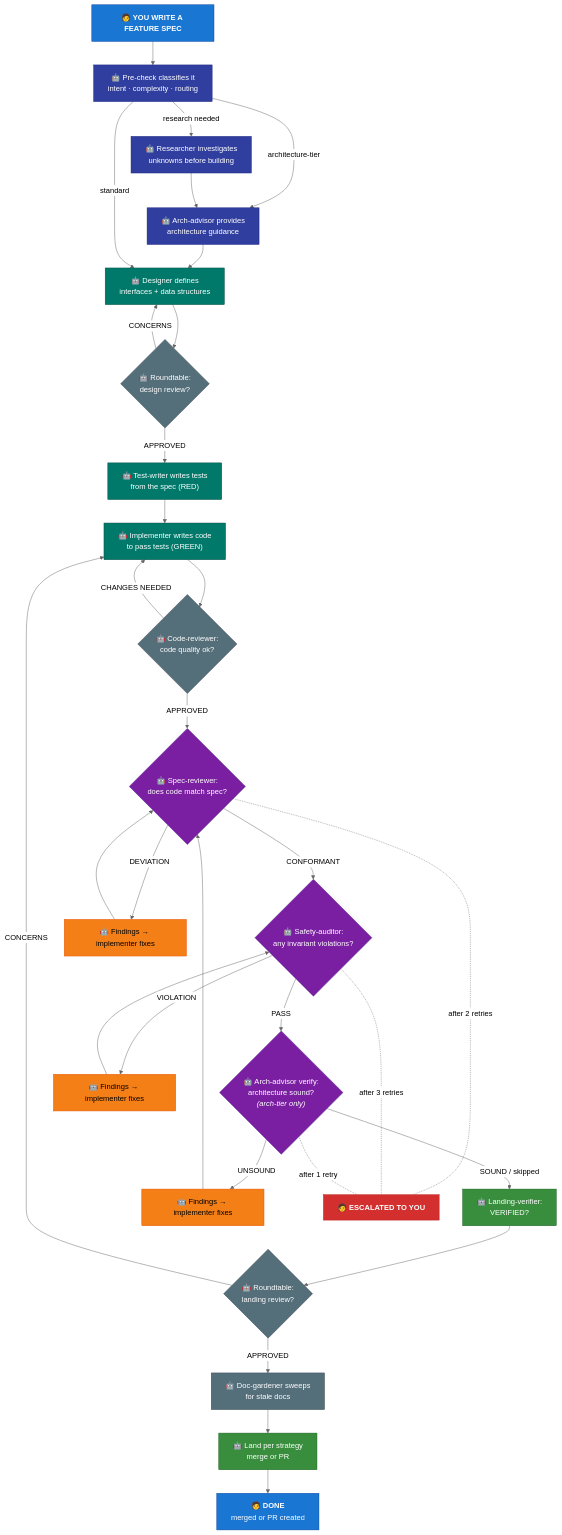
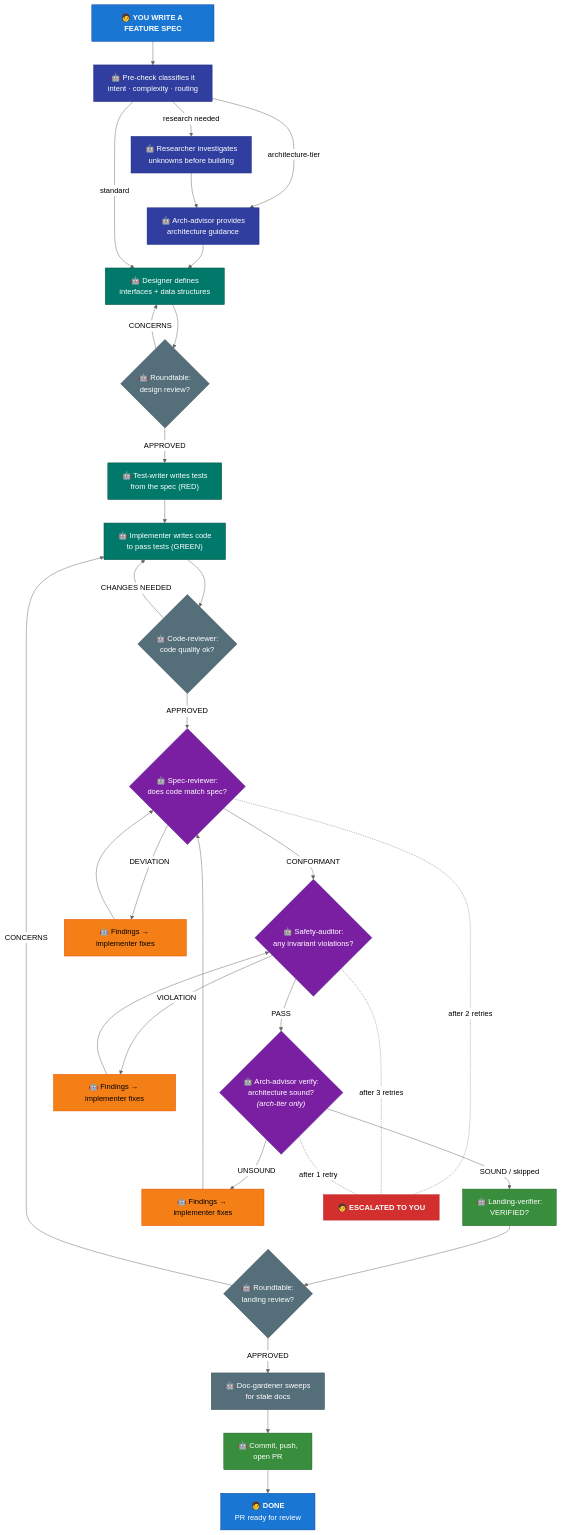
The first of 5 diagrams in docs/HOW-IT-WORKS.md (TejGandham/keel), drawn with Mermaid (neutral theme) before and after one commit. The commit also changed other lines of this file and 15 other files, not shown here.

````diff
--- a/docs/HOW-IT-WORKS.md
+++ b/docs/HOW-IT-WORKS.md
@@ -11,56 +11,56 @@
 ```mermaid
 graph TD
     Spec["🧑 <b>YOU WRITE A FEATURE SPEC</b>"] --> PC["🤖 Pre-check classifies it<br/>intent · complexity · routing"]
     PC -->|"research needed"| R["🤖 Researcher investigates<br/>unknowns before building"]
     PC -->|"architecture-tier"| OC["🤖 Arch-advisor provides<br/>architecture guidance"]
     R --> OC
     OC --> D["🤖 Designer defines<br/>interfaces + data structures"]
     PC -->|"standard"| D
     D --> RT1{"🤖 Roundtable:<br/>design review?"}
     RT1 -->|"APPROVED"| TW["🤖 Test-writer writes tests<br/>from the spec (RED)"]
     RT1 -->|"CONCERNS"| D
     TW --> IMP["🤖 Implementer writes code<br/>to pass tests (GREEN)"]
     IMP --> CR{"🤖 Code-reviewer:<br/>code quality ok?"}
     CR -->|"APPROVED"| SR{"🤖 Spec-reviewer:<br/>does code match spec?"}
     CR -->|"CHANGES NEEDED"| IMP
     SR -->|"CONFORMANT"| SA{"🤖 Safety-auditor:<br/>any invariant violations?"}
     SR -->|"DEVIATION"| FIX1["🤖 Findings → implementer fixes"]
     FIX1 --> SR
     SA -->|"PASS"| OV{"🤖 Arch-advisor verify:<br/>architecture sound?<br/><i>(arch-tier only)</i>"}
     SA -->|"VIOLATION"| FIX2["🤖 Findings → implementer fixes"]
     FIX2 --> SA
     OV -->|"SOUND / skipped"| PL["🤖 Landing-verifier:<br/>VERIFIED?"]
     OV -->|"UNSOUND"| FIX3["🤖 Findings → implementer fixes"]
     FIX3 --> SR
     PL --> RT2{"🤖 Roundtable:<br/>landing review?"}
     RT2 -->|"APPROVED"| GC["🤖 Doc-gardener sweeps<br/>for stale docs"]
     RT2 -->|"CONCERNS"| IMP
-    GC --> LAND["🤖 Land per strategy<br/>merge or PR"]
-    LAND --> DONE["🧑 <b>DONE</b><br/>merged or PR created"]
+    GC --> LAND["🤖 Commit, push,<br/>open PR"]
+    LAND --> DONE["🧑 <b>DONE</b><br/>PR ready for review"]
 
     SR -.-|"after 2 retries"| ESC["🧑 <b>ESCALATED TO YOU</b>"]
     SA -.-|"after 3 retries"| ESC
     OV -.-|"after 1 retry"| ESC
 
     style Spec fill:#1976D2,stroke:#0D47A1,color:#fff
     style PC fill:#303F9F,stroke:#1A237E,color:#fff
     style R fill:#303F9F,stroke:#1A237E,color:#fff
     style OC fill:#303F9F,stroke:#1A237E,color:#fff
     style D fill:#00796B,stroke:#004D40,color:#fff
     style TW fill:#00796B,stroke:#004D40,color:#fff
     style IMP fill:#00796B,stroke:#004D40,color:#fff
     style CR fill:#546E7A,stroke:#37474F,color:#fff
     style SR fill:#7B1FA2,stroke:#4A148C,color:#fff
     style SA fill:#7B1FA2,stroke:#4A148C,color:#fff
     style OV fill:#7B1FA2,stroke:#4A148C,color:#fff
     style FIX1 fill:#F57F17,stroke:#E65100,color:#000
     style FIX2 fill:#F57F17,stroke:#E65100,color:#000
     style FIX3 fill:#F57F17,stroke:#E65100,color:#000
     style PL fill:#388E3C,stroke:#1B5E20,color:#fff
     style GC fill:#546E7A,stroke:#37474F,color:#fff
     style LAND fill:#388E3C,stroke:#1B5E20,color:#fff
     style RT1 fill:#546E7A,stroke:#37474F,color:#fff
     style RT2 fill:#546E7A,stroke:#37474F,color:#fff
     style DONE fill:#1976D2,stroke:#0D47A1,color:#fff
     style ESC fill:#D32F2F,stroke:#B71C1C,color:#fff
 ```
````
